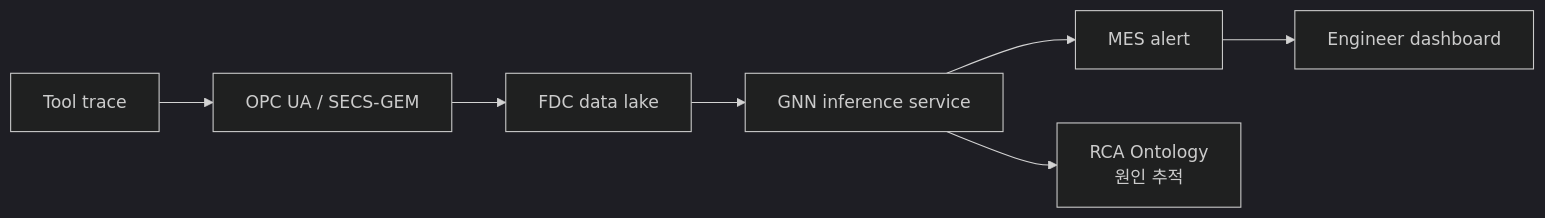
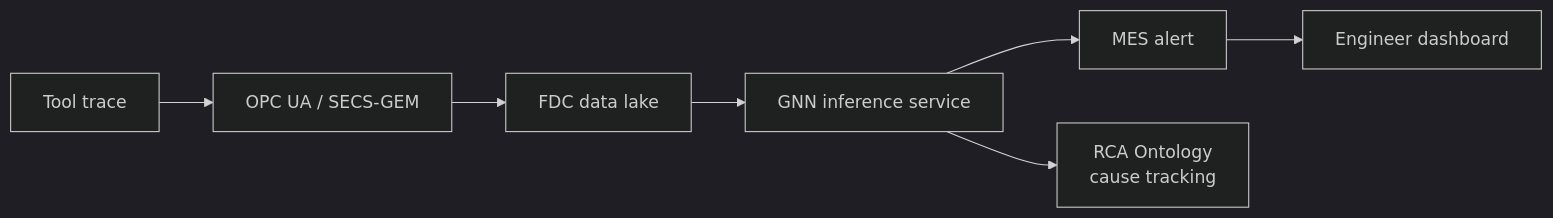
One commit to btjeon/sic-wiki changed the fourth of 4 diagrams in docs/04-control-ai/fdc-ai-anomaly.md. Above: the diagram before and after it, drawn with Mermaid (dark theme). The commit also changed other lines of this file and 9 other files, not shown here.

````diff
--- a/docs/04-control-ai/fdc-ai-anomaly.md
+++ b/docs/04-control-ai/fdc-ai-anomaly.md
@@ -96,9 +102,9 @@
 ```mermaid
 flowchart LR
     A[Tool trace] --> B[OPC UA / SECS-GEM]
     B --> C[FDC data lake]
     C --> D[GNN inference service]
     D --> E[MES alert]
     E --> F[Engineer dashboard]
-    D --> G[RCA Ontology<br/>원인 추적]
+    D --> G[RCA Ontology<br/>cause tracking]
 ```
````
